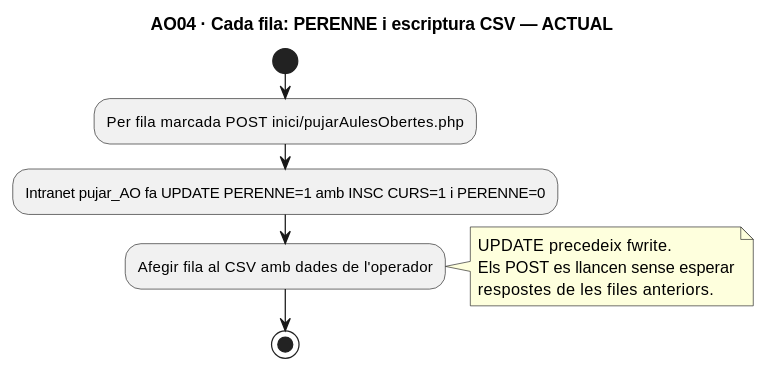
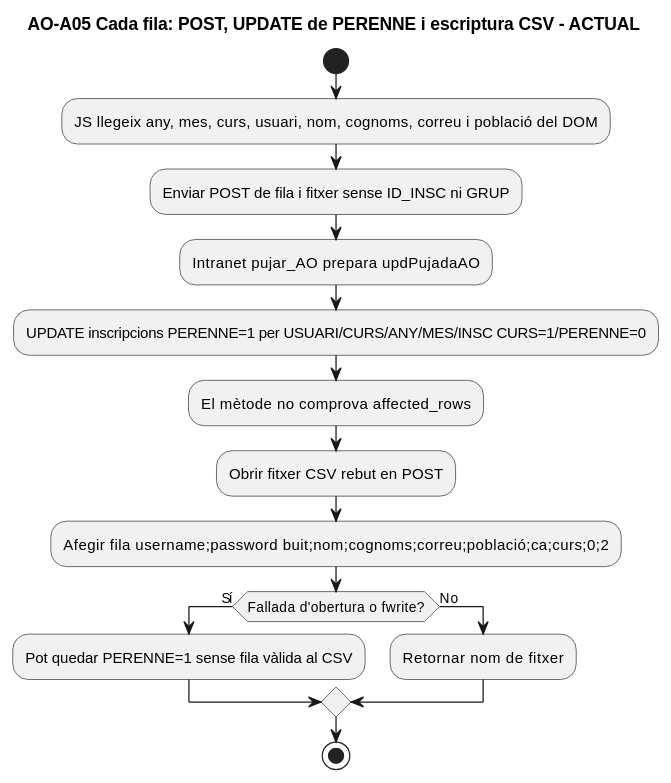
Diagram 11 of 20 in documentacio/07-uml-integrat/uc-moodle-aules-obertes-fitxa-activitats.md (orgmeriemprismacat-del/verifactu), drawn with PlantUML before and after one commit. The commit also changed other lines of this file, not shown here.

Commit message:
docs: complete exact open-class URL with full functional UML, 16 actual/final page and section activity diagrams

````diff
--- a/documentacio/07-uml-integrat/uc-moodle-aules-obertes-fitxa-activitats.md
+++ b/documentacio/07-uml-integrat/uc-moodle-aules-obertes-fitxa-activitats.md
@@ -237,15 +337,19 @@
 ```plantuml
 @startuml
-title AO04 · Cada fila: PERENNE i escriptura CSV — ACTUAL
+title AO-A05 Cada fila: POST, UPDATE de PERENNE i escriptura CSV - ACTUAL
 start
-:Per fila marcada POST inici/pujarAulesObertes.php;
-:Intranet pujar_AO fa UPDATE PERENNE=1 amb INSC CURS=1 i PERENNE=0;
-:Afegir fila al CSV amb dades de l'operador;
-note right
- UPDATE precedeix fwrite.
- Els POST es llancen sense esperar
- respostes de les files anteriors.
-end note
+:JS llegeix any, mes, curs, usuari, nom, cognoms, correu i població del DOM;
+:Enviar POST de fila i fitxer sense ID_INSC ni GRUP;
+:Intranet pujar_AO prepara updPujadaAO;
+:UPDATE inscripcions PERENNE=1 per USUARI/CURS/ANY/MES/INSC CURS=1/PERENNE=0;
+:El mètode no comprova affected_rows;
+:Obrir fitxer CSV rebut en POST;
+:Afegir fila username;password buit;nom;cognoms;correu;població;ca;curs;0;2;
+if (Fallada d'obertura o fwrite?) then (Sí)
+ :Pot quedar PERENNE=1 sense fila vàlida al CSV;
+else (No)
+ :Retornar nom de fitxer;
+endif
 stop
 @enduml
 ```
````
